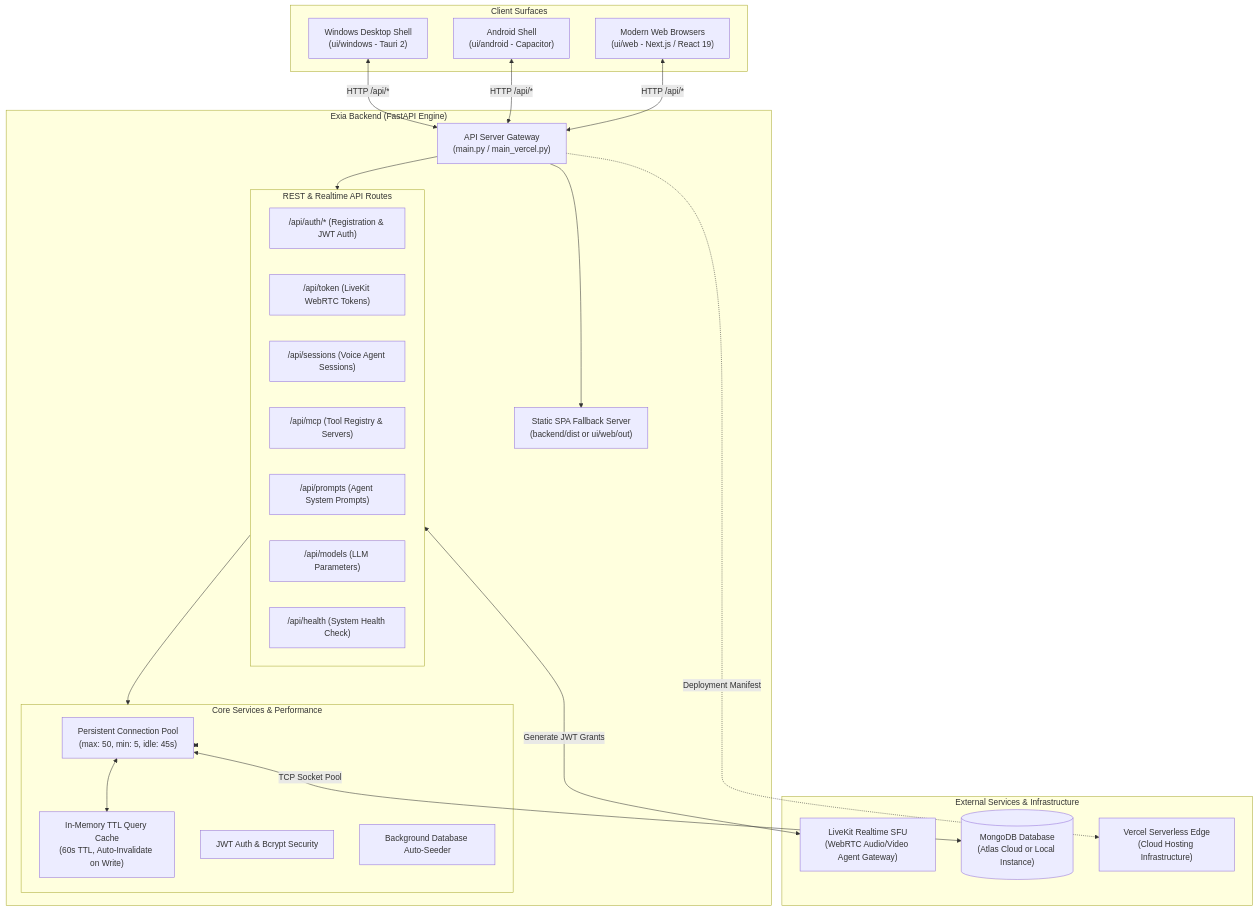
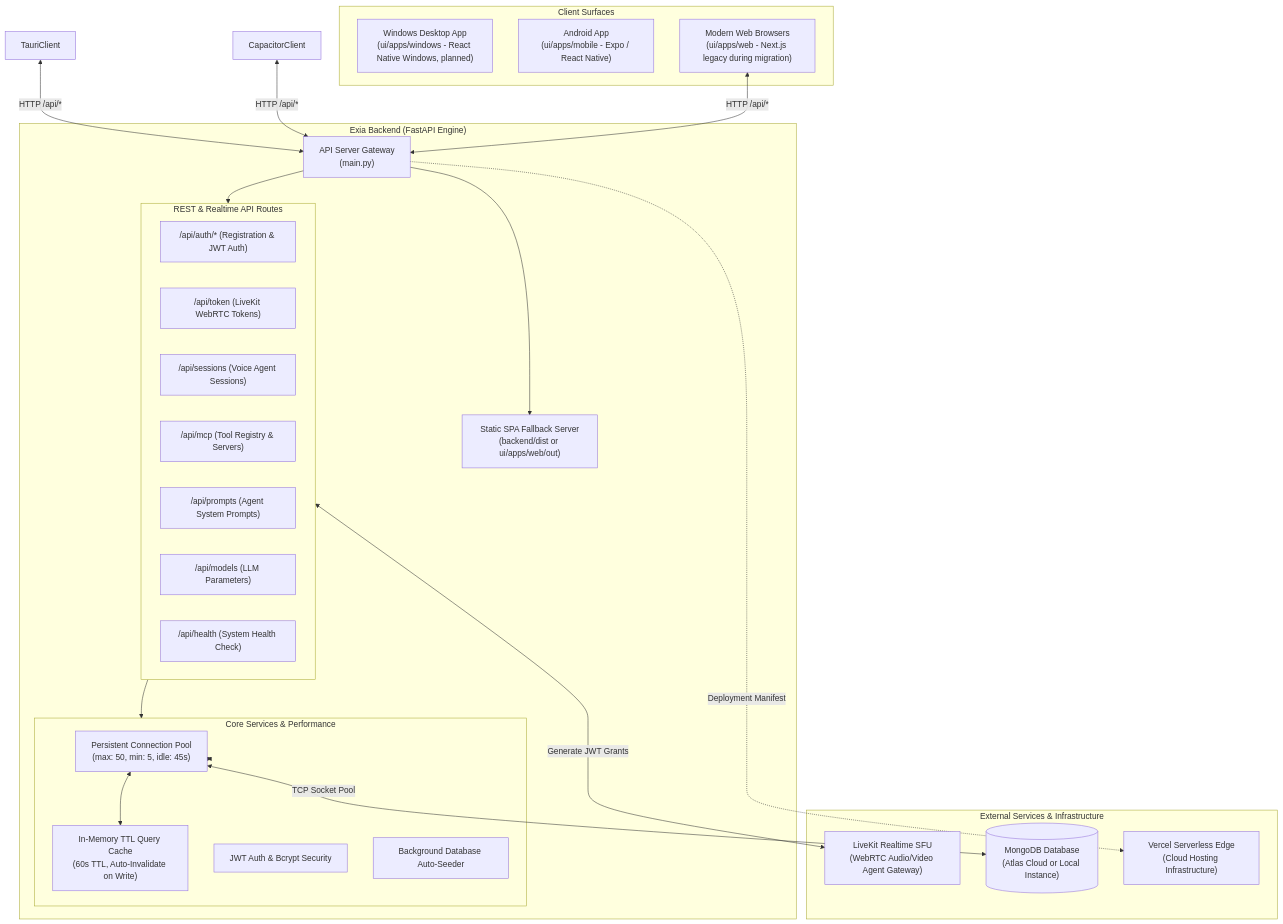
The first of 2 diagrams in backend/README.md (arpanchakraborty23/Exia), drawn with Mermaid before and after one commit. The commit also changed 165 other files, not shown here.

````diff
--- a/backend/README.md
+++ b/backend/README.md
@@ -13,49 +13,49 @@
 ```mermaid
 flowchart TB
     subgraph Clients ["Client Surfaces"]
-        TauriClient["Windows Desktop Shell<br/>(ui/windows - Tauri 2)"]
-        CapacitorClient["Android Shell<br/>(ui/android - Capacitor)"]
-        WebBrowser["Modern Web Browsers<br/>(ui/web - Next.js / React 19)"]
+        WindowsClient["Windows Desktop App<br/>(ui/apps/windows - React Native Windows, planned)"]
+        MobileClient["Android App<br/>(ui/apps/mobile - Expo / React Native)"]
+        WebBrowser["Modern Web Browsers<br/>(ui/apps/web - Next.js legacy during migration)"]
     end
 
     subgraph BackendCore ["Exia Backend (FastAPI Engine)"]
-        Gateway["API Server Gateway<br/>(main.py / main_vercel.py)"]
+        Gateway["API Server Gateway<br/>(main.py)"]
         
         subgraph APILayer ["REST & Realtime API Routes"]
             AuthRoute["/api/auth/* (Registration & JWT Auth)"]
             TokenRoute["/api/token (LiveKit WebRTC Tokens)"]
             SessionRoute["/api/sessions (Voice Agent Sessions)"]
             MCPRoute["/api/mcp (Tool Registry & Servers)"]
             PromptRoute["/api/prompts (Agent System Prompts)"]
             ModelRoute["/api/models (LLM Parameters)"]
             HealthRoute["/api/health (System Health Check)"]
         end
 
         subgraph ServiceLayer ["Core Services & Performance"]
             DBPool["Persistent Connection Pool<br/>(max: 50, min: 5, idle: 45s)"]
             QueryCache["In-Memory TTL Query Cache<br/>(60s TTL, Auto-Invalidate on Write)"]
             SecuritySvc["JWT Auth & Bcrypt Security"]
             AutoSeed["Background Database Auto-Seeder"]
         end
 
-        StaticServer["Static SPA Fallback Server<br/>(backend/dist or ui/web/out)"]
+        StaticServer["Static SPA Fallback Server<br/>(backend/dist or ui/apps/web/out)"]
     end
 
     subgraph ExternalEcosystem ["External Services & Infrastructure"]
         LiveKitSFU["LiveKit Realtime SFU<br/>(WebRTC Audio/Video Agent Gateway)"]
         MongoDBCluster[("MongoDB Database<br/>(Atlas Cloud or Local Instance)")]
         VercelPlatform["Vercel Serverless Edge<br/>(Cloud Hosting Infrastructure)"]
     end
 
     TauriClient <-->|HTTP /api/*| Gateway
     CapacitorClient <-->|HTTP /api/*| Gateway
     WebBrowser <-->|HTTP /api/*| Gateway
     Gateway --> APILayer
     Gateway --> StaticServer
     APILayer --> ServiceLayer
     ServiceLayer <--> DBPool
     DBPool <--> QueryCache
     DBPool <-->|TCP Socket Pool| MongoDBCluster
     APILayer <-->|Generate JWT Grants| LiveKitSFU
     Gateway -.->|Deployment Manifest| VercelPlatform
 ```
````
